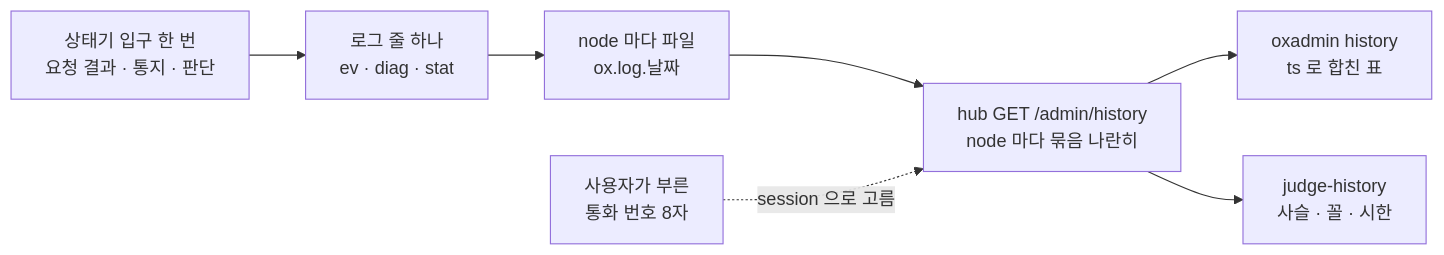
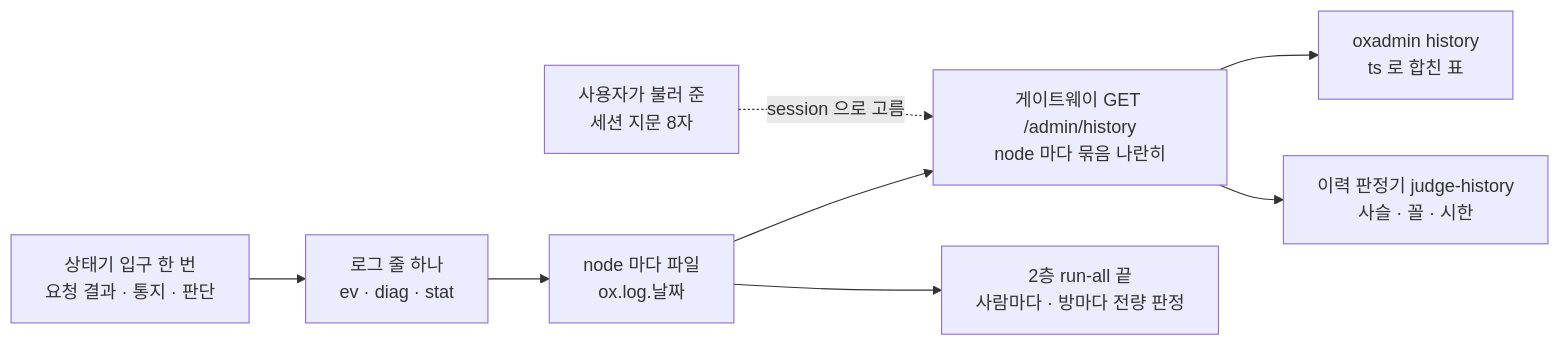
The diagram in docs/learn/17_OPERATIONS.md (kodeholic9/oxlens-sfu), drawn with Mermaid before and after one commit. The commit also changed other lines of this file and 19 other files, not shown here.

````diff
--- a/docs/learn/17_OPERATIONS.md
+++ b/docs/learn/17_OPERATIONS.md
@@ -9,9 +9,10 @@
 ```mermaid
 flowchart LR
   E["상태기 입구 한 번<br/>요청 결과 · 통지 · 판단"] --> L["로그 줄 하나<br/>ev · diag · stat"]
   L --> F["node 마다 파일<br/>ox.log.날짜"]
-  F --> H["hub GET /admin/history<br/>node 마다 묶음 나란히"]
+  F --> H["게이트웨이 GET /admin/history<br/>node 마다 묶음 나란히"]
   H --> T["oxadmin history<br/>ts 로 합친 표"]
-  H --> J["judge-history<br/>사슬 · 꼴 · 시한"]
-  U["사용자가 부른<br/>통화 번호 8자"] -.->|"session 으로 고름"| H
+  H --> J["이력 판정기 judge-history<br/>사슬 · 꼴 · 시한"]
+  F --> G["2층 run-all 끝<br/>사람마다 · 방마다 전량 판정"]
+  U["사용자가 불러 준<br/>세션 지문 8자"] -.->|"session 으로 고름"| H
 ```
````
